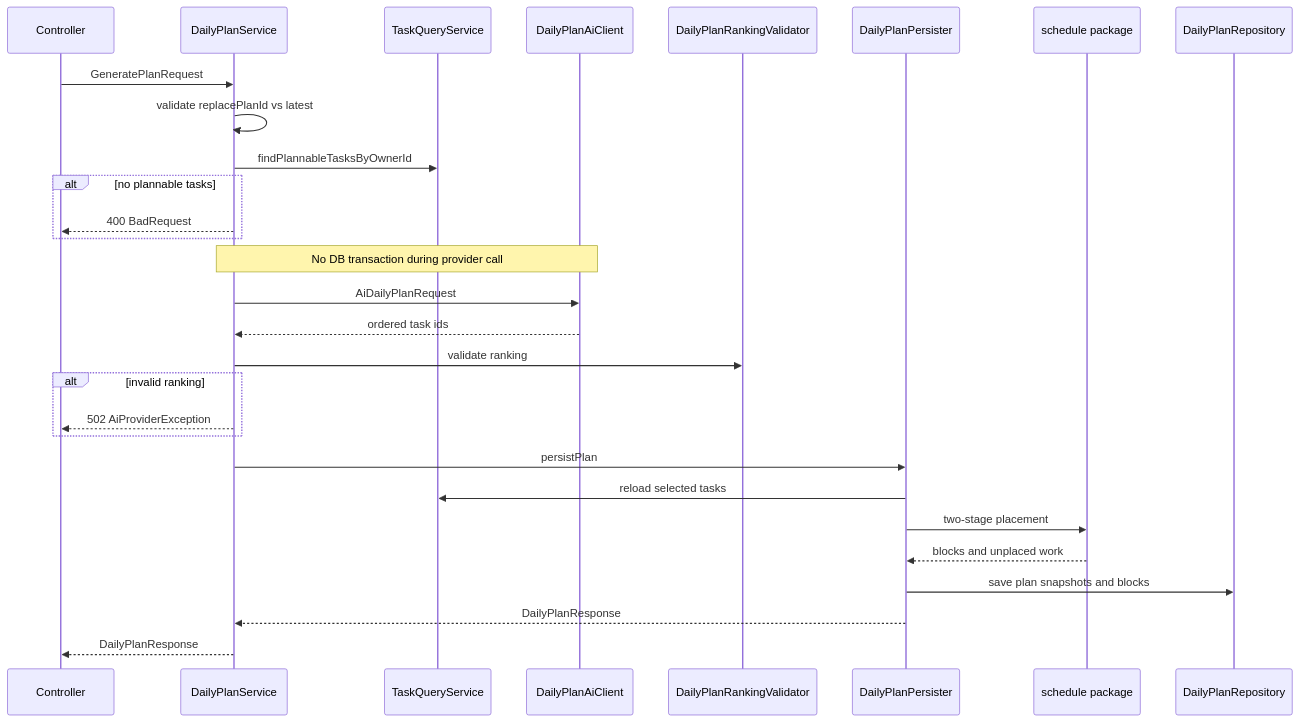
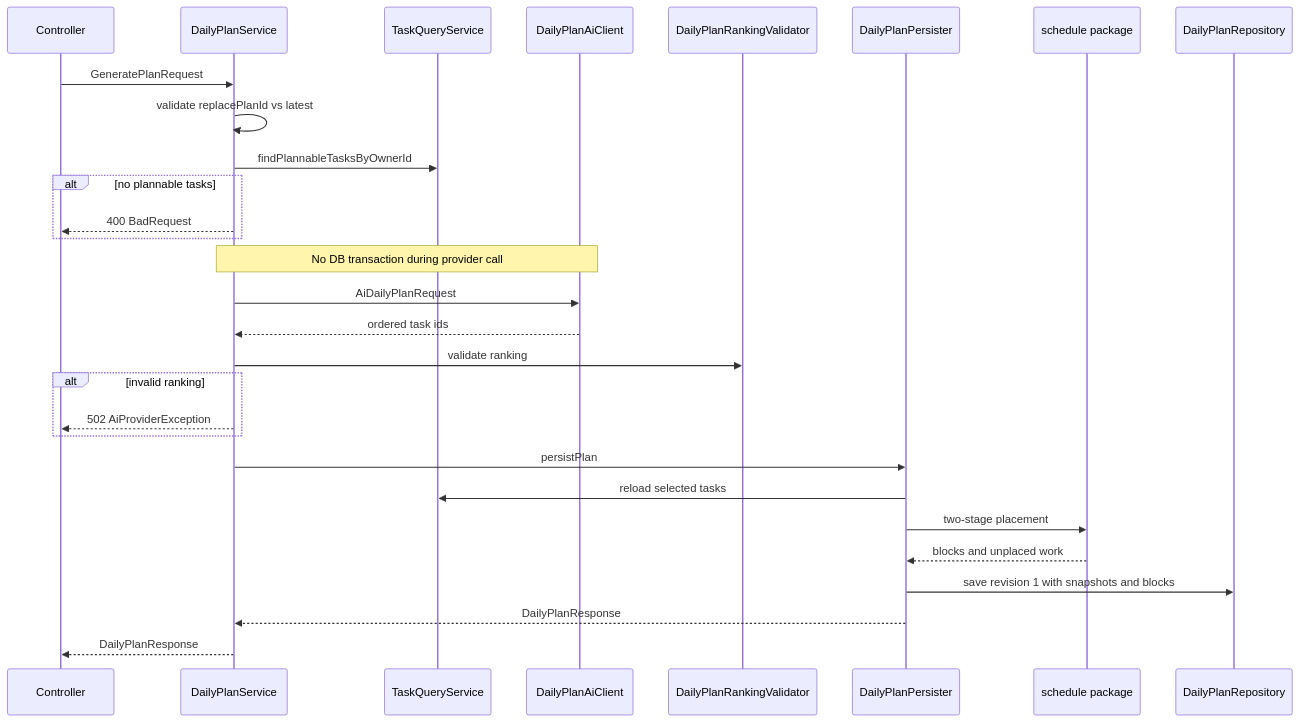
The third of 5 diagrams in docs/architecture.md (xiashuidaolaoshuren/focusflow), drawn with Mermaid before and after one commit. The commit also changed other lines of this file and 3 other files, not shown here.

First line of the commit message:
docs(api): publish the 1.3.0 progress, revision, and re-plan contract

````diff
--- a/docs/architecture.md
+++ b/docs/architecture.md
@@ -187,31 +211,31 @@
 ```mermaid
 sequenceDiagram
   participant Controller
   participant PlanService as DailyPlanService
   participant TaskQuery as TaskQueryService
   participant AI as DailyPlanAiClient
   participant Validator as DailyPlanRankingValidator
   participant Persister as DailyPlanPersister
   participant Schedule as schedule package
   participant Repo as DailyPlanRepository
   Controller->>PlanService: GeneratePlanRequest
   PlanService->>PlanService: validate replacePlanId vs latest
   PlanService->>TaskQuery: findPlannableTasksByOwnerId
   alt no plannable tasks
     PlanService-->>Controller: 400 BadRequest
   end
   Note over PlanService,AI: No DB transaction during provider call
   PlanService->>AI: AiDailyPlanRequest
   AI-->>PlanService: ordered task ids
   PlanService->>Validator: validate ranking
   alt invalid ranking
     PlanService-->>Controller: 502 AiProviderException
   end
   PlanService->>Persister: persistPlan
   Persister->>TaskQuery: reload selected tasks
   Persister->>Schedule: two-stage placement
   Schedule-->>Persister: blocks and unplaced work
-  Persister->>Repo: save plan snapshots and blocks
+  Persister->>Repo: save revision 1 with snapshots and blocks
   Persister-->>PlanService: DailyPlanResponse
   PlanService-->>Controller: DailyPlanResponse
 ```
````
